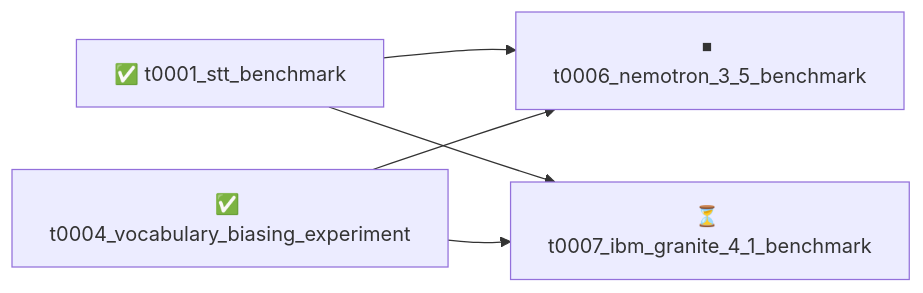
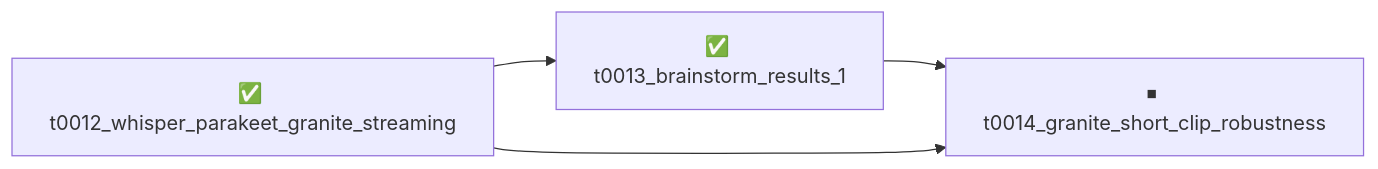
One commit to rezolved/rail-arf-stt changed the diagram in overview/tasks/README.md. Above: the diagram before and after it, drawn with Mermaid. The commit also changed other lines of this file and 100 other files, not shown here.

First line of the commit message:
t0013_brainstorm_results_1: Brainstorm results session 1

````diff
--- a/overview/tasks/README.md
+++ b/overview/tasks/README.md
@@ -13,12 +12,10 @@
 ```mermaid
 graph LR
-    t0001_stt_benchmark["✅ t0001_stt_benchmark"]
-    t0004_vocabulary_biasing_experiment["✅ t0004_vocabulary_biasing_experiment"]
-    t0006_nemotron_3_5_benchmark["⏹ t0006_nemotron_3_5_benchmark"]
-    t0007_ibm_granite_4_1_benchmark["⏳ t0007_ibm_granite_4_1_benchmark"]
+    t0012_whisper_parakeet_granite_streaming["✅ t0012_whisper_parakeet_granite_streaming"]
+    t0013_brainstorm_results_1["✅ t0013_brainstorm_results_1"]
+    t0014_granite_short_clip_robustness["⏹ t0014_granite_short_clip_robustness"]
 
-    t0001_stt_benchmark --> t0006_nemotron_3_5_benchmark
-    t0004_vocabulary_biasing_experiment --> t0006_nemotron_3_5_benchmark
-    t0001_stt_benchmark --> t0007_ibm_granite_4_1_benchmark
-    t0004_vocabulary_biasing_experiment --> t0007_ibm_granite_4_1_benchmark
+    t0012_whisper_parakeet_granite_streaming --> t0013_brainstorm_results_1
+    t0013_brainstorm_results_1 --> t0014_granite_short_clip_robustness
+    t0012_whisper_parakeet_granite_streaming --> t0014_granite_short_clip_robustness
 ```
````
